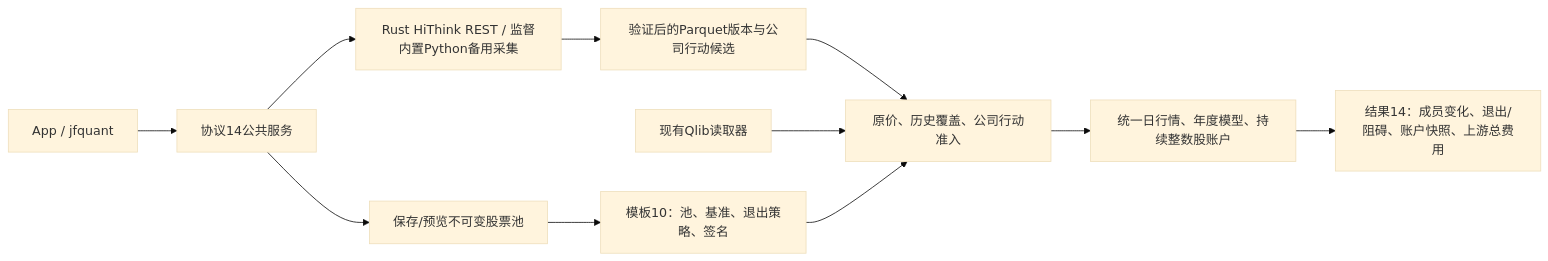
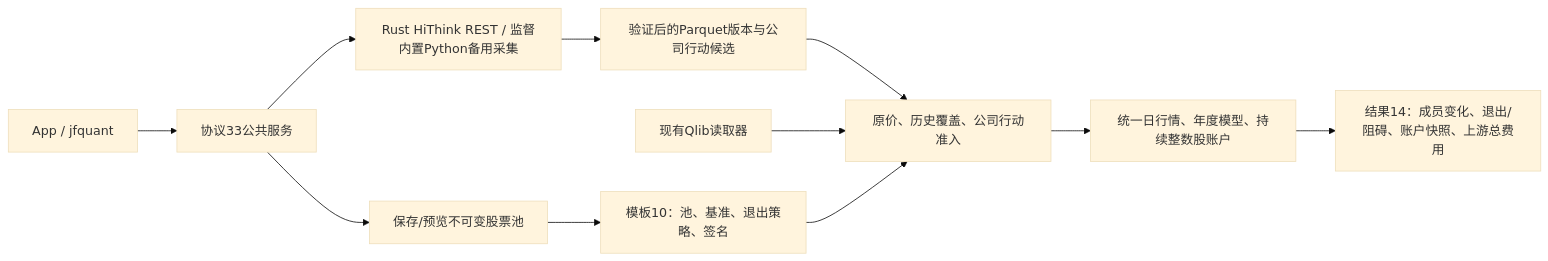
One commit to Dennishaha/JFQuant changed the second of 6 diagrams in crates/app/src/README.md. Above: the diagram before and after it, drawn with Mermaid (base theme). The commit also changed other lines of this file and 67 other files, not shown here.

````diff
--- a/crates/app/src/README.md
+++ b/crates/app/src/README.md
@@ -75,13 +75,13 @@
 ```mermaid
 flowchart LR
-  CLIENT["App / jfquant"] --> SERVICE["协议14公共服务"]
+  CLIENT["App / jfquant"] --> SERVICE["协议33公共服务"]
   SERVICE --> POOL["保存/预览不可变股票池"]
   SERVICE --> COLLECT["Rust HiThink REST / 监督内置Python备用采集"]
   COLLECT --> SNAPSHOT["验证后的Parquet版本与公司行动候选"]
   POOL --> FREEZE["模板10：池、基准、退出策略、签名"]
   SNAPSHOT --> READY["原价、历史覆盖、公司行动准入"]
   QLIB["现有Qlib读取器"] --> READY
   FREEZE --> READY
   READY --> RESEARCH["统一日行情、年度模型、持续整数股账户"]
   RESEARCH --> RESULT["结果14：成员变化、退出/阻碍、账户快照、上游总费用"]
 ```
````
